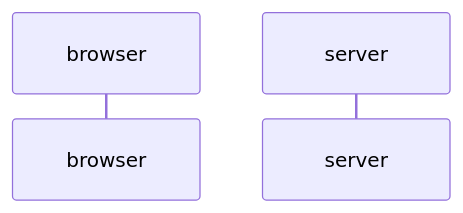
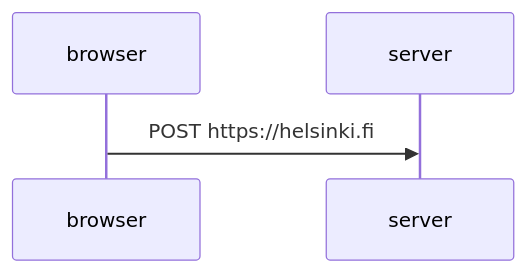
One commit to gokuman86/fullstackopen changed the diagram in part0/0.4.md. Above: the diagram before and after it, drawn with Mermaid.

````diff
--- a/part0/0.4.md
+++ b/part0/0.4.md
@@ -1,7 +1,9 @@
 ```mermaid
 sequenceDiagram
   participant browser
   participant server
 
   %%1. The User Submits a New Note
+  browser->>server: POST https://helsinki.fi
+  activate server
 ```
````
